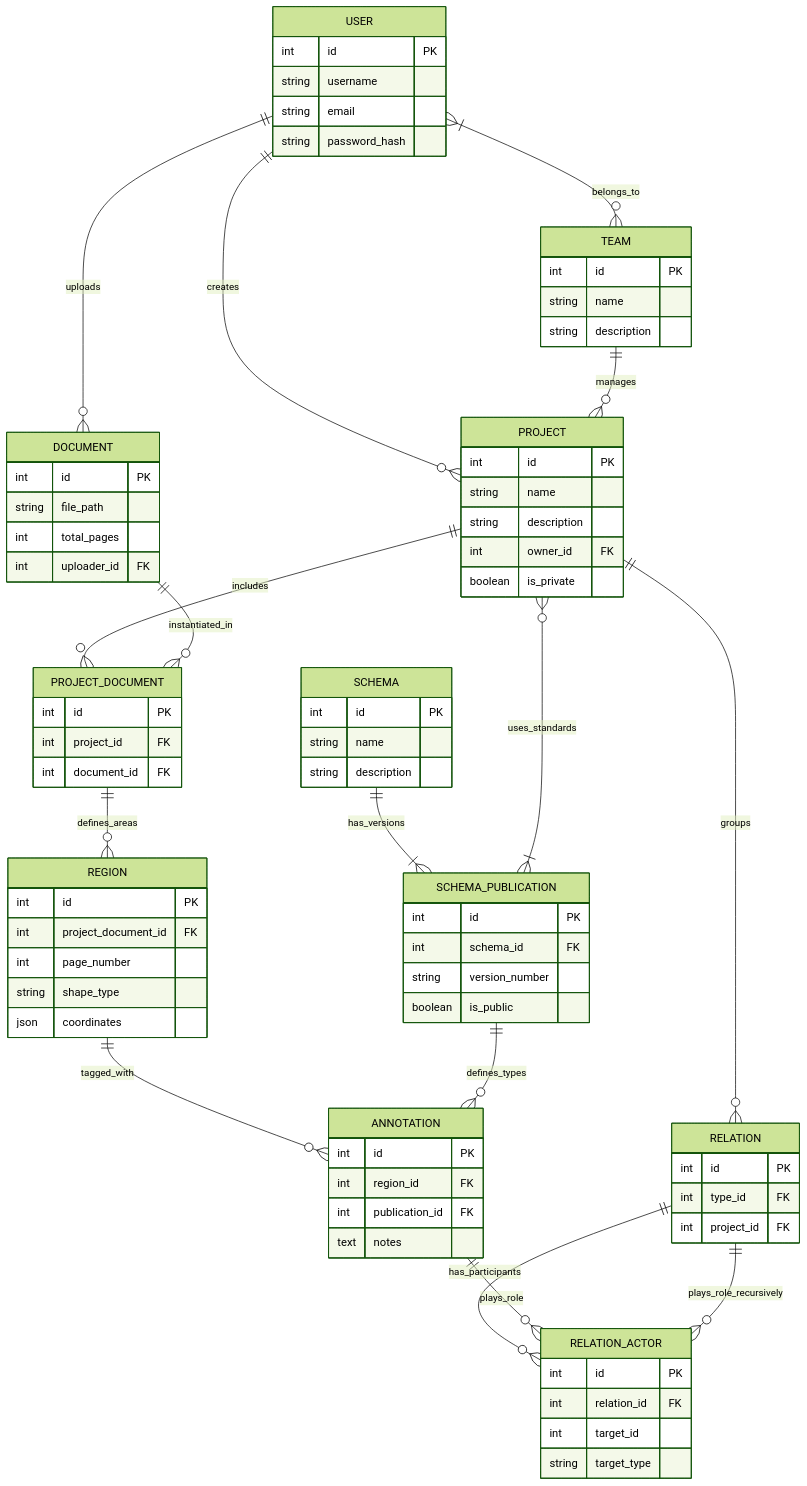
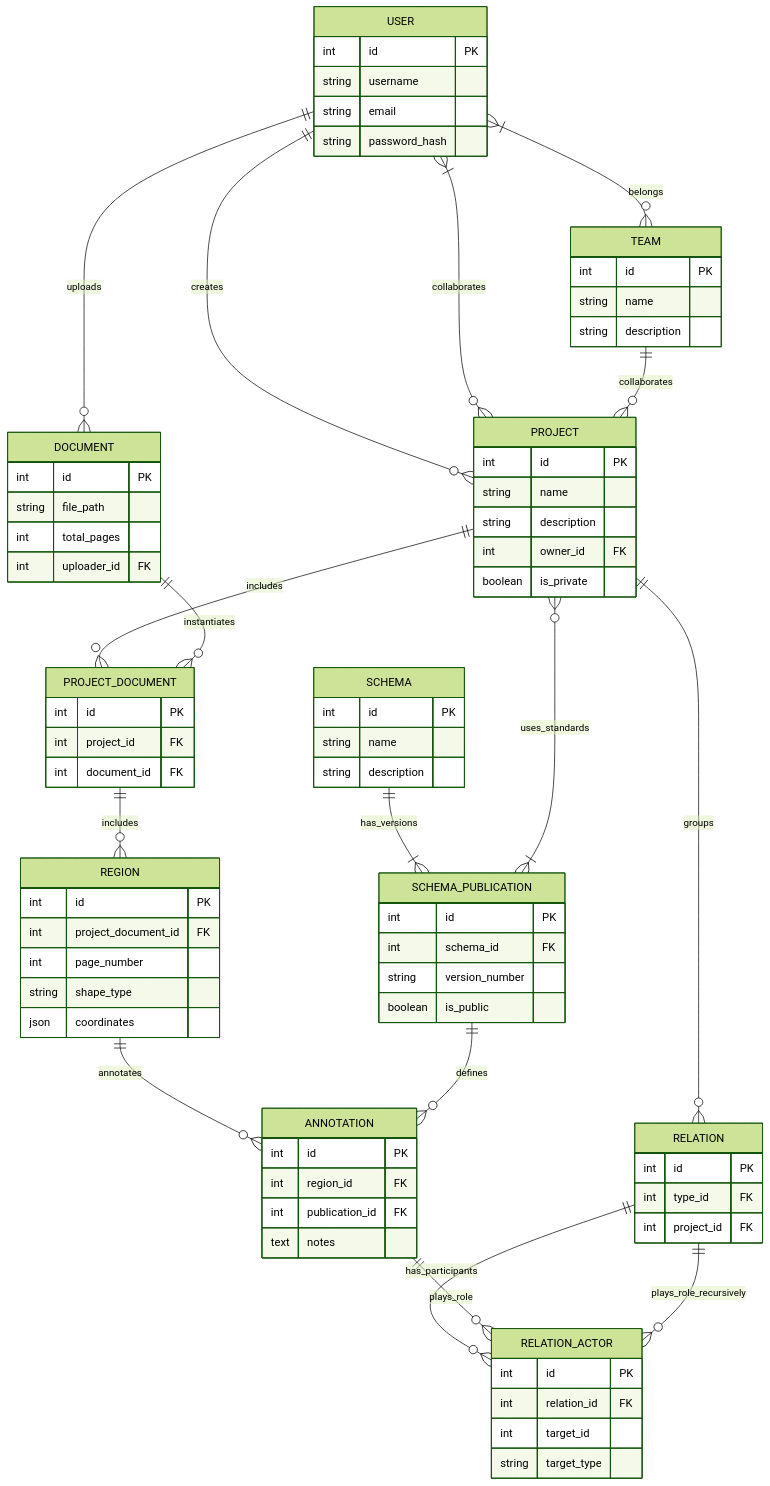
The diagram in ER_Diagram.md (nachoarvilla/TFG_MAST_Backend), drawn with Mermaid (forest theme) before and after one commit.

Commit message:
relación collaborates y correcciones

````diff
--- a/ER_Diagram.md
+++ b/ER_Diagram.md
@@ -1,20 +1,21 @@
 ```mermaid
 erDiagram
-    USER }|--o{ TEAM : "belongs_to"
+    USER }|--o{ TEAM : "belongs"
     USER ||--o{ PROJECT : "creates"
-    TEAM ||--o{ PROJECT : "manages"
+    USER }|--o{ PROJECT : "collaborates"
+    TEAM ||--o{ PROJECT : "collaborates"
     USER ||--o{ DOCUMENT : "uploads"
 
     PROJECT ||--o{ PROJECT_DOCUMENT : "includes"
-    DOCUMENT ||--o{ PROJECT_DOCUMENT : "instantiated_in"
+    DOCUMENT ||--o{ PROJECT_DOCUMENT : "instantiates"
     
     SCHEMA ||--|{ SCHEMA_PUBLICATION : "has_versions"
     PROJECT }o--|{ SCHEMA_PUBLICATION : "uses_standards"
     
-    PROJECT_DOCUMENT ||--o{ REGION : "defines_areas"
+    PROJECT_DOCUMENT ||--o{ REGION : "includes"
     
-    REGION ||--o{ ANNOTATION : "tagged_with"
-    SCHEMA_PUBLICATION ||--o{ ANNOTATION : "defines_types"
+    REGION ||--o{ ANNOTATION : "annotates"
+    SCHEMA_PUBLICATION ||--o{ ANNOTATION : "defines"
     
     PROJECT ||--o{ RELATION : "groups"
     RELATION ||--o{ RELATION_ACTOR : "has_participants"
````
